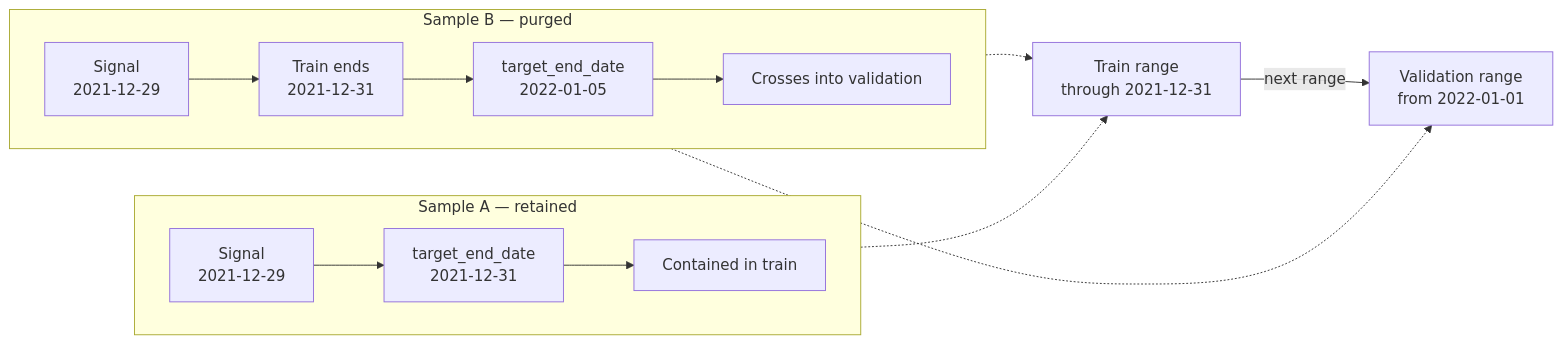
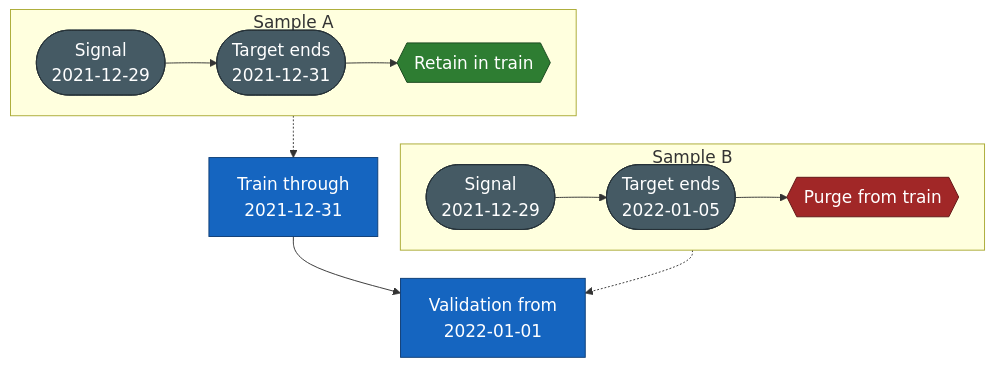
Before and after one commit to Frallmeister/swingtrader-app: the first of 2 diagrams in docs/modeling/temporal-splitting.md, drawn with Mermaid. The commit also changed other lines of this file and 7 other files, not shown here.

````diff
--- a/docs/modeling/temporal-splitting.md
+++ b/docs/modeling/temporal-splitting.md
@@ -14,18 +16,27 @@
 ```mermaid
-flowchart LR
-    train["Train range<br/>through 2021-12-31"] -->|next range| validation["Validation range<br/>from 2022-01-01"]
+%%{init: {"themeVariables": {"fontSize": "18px"}, "flowchart": {"nodeSpacing": 24, "rankSpacing": 30}}}%%
+flowchart TB
+    train["Train through<br/>2021-12-31"] --> validation["Validation from<br/>2022-01-01"]
 
-    subgraph retained["Sample A — retained"]
+    subgraph retained["Sample A"]
         direction LR
-        a_signal["Signal<br/>2021-12-29"] --> a_target["target_end_date<br/>2021-12-31"] --> a_result["Contained in train"]
+        a_signal([Signal<br/>2021-12-29]) --> a_target([Target ends<br/>2021-12-31]) --> a_result{{Retain in train}}
     end
 
-    subgraph purged["Sample B — purged"]
+    subgraph purged["Sample B"]
         direction LR
-        b_signal["Signal<br/>2021-12-29"] --> b_boundary["Train ends<br/>2021-12-31"] --> b_target["target_end_date<br/>2022-01-05"] --> b_result["Crosses into validation"]
+        b_signal([Signal<br/>2021-12-29]) --> b_target([Target ends<br/>2022-01-05]) --> b_result{{Purge from train}}
     end
 
     a_target -.-> train
-    b_boundary -.-> train
     b_target -.-> validation
+
+    classDef boundary fill:#1565c0,stroke:#0d3d75,color:#ffffff
+    classDef state fill:#455a64,stroke:#263238,color:#ffffff
+    classDef retainedState fill:#2e7d32,stroke:#17451c,color:#ffffff
+    classDef purgedState fill:#a12727,stroke:#5f1515,color:#ffffff
+    class train,validation boundary
+    class a_signal,a_target,b_signal,b_target state
+    class a_result retainedState
+    class b_result purgedState
 ```
````
